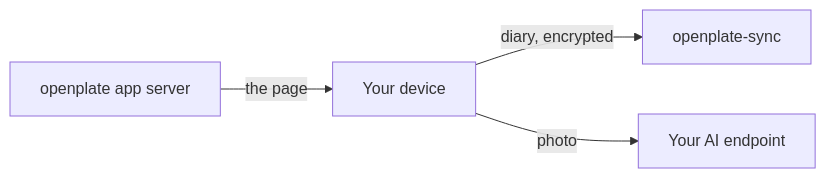
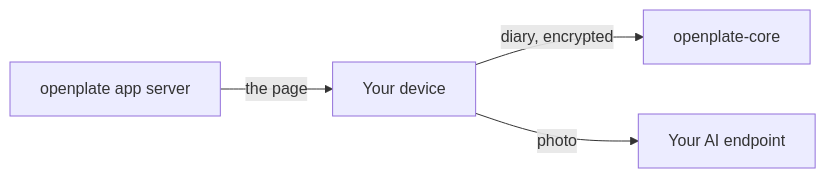
The diagram in docs/architecture.md (LowCarbCheck/openplate), drawn with Mermaid before and after one commit. The commit also changed other lines of this file and 90 other files, not shown here.

First line of the commit message:
docs: cite openplate-core, the renamed account service

````diff
--- a/docs/architecture.md
+++ b/docs/architecture.md
@@ -12,7 +12,7 @@
 ```mermaid
 %% alt: The device holds the diary and the photo, the diary leaves encrypted for the sync server, and the photo goes to the AI endpoint you configured.
 flowchart LR
   app["openplate app server"] -->|"the page"| device["Your device"]
-  device -->|"diary, encrypted"| sync["openplate-sync"]
+  device -->|"diary, encrypted"| sync["openplate-core"]
   device -->|"photo"| ai["Your AI endpoint"]
 ```
````
